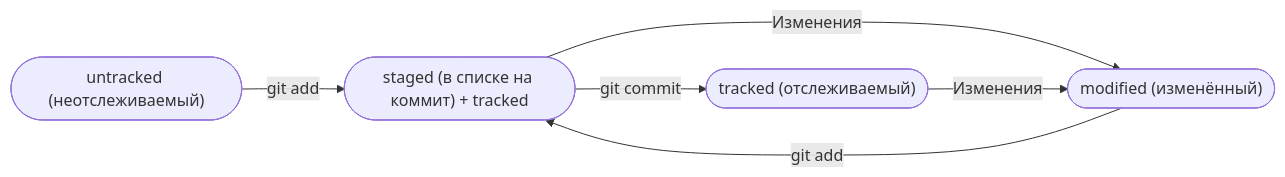
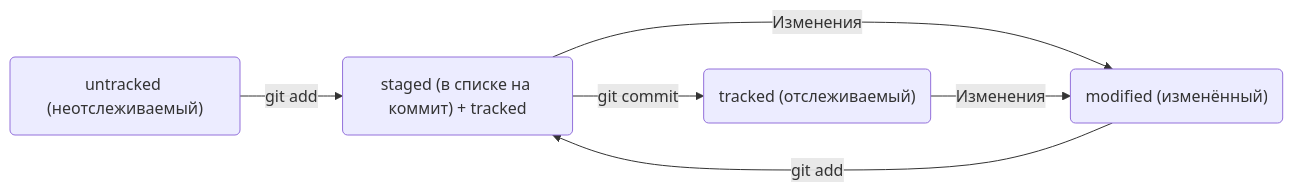
The diagram in README.md (DronBit/first-project), drawn with Mermaid before and after one commit. The commit also changed other lines of this file, not shown here.

````diff
--- a/README.md
+++ b/README.md
@@ -145,8 +145,8 @@
 ```mermaid
 flowchart LR
-	A(["untracked (неотслеживаемый)"]) -- "git add" --> B(["staged (в списке на коммит) + tracked"]);
-	B -- "git commit" --> C(["tracked (отслеживаемый)"]);
-	B -- "Изменения" --> D(["modified (изменённый)"]);
-	D -- "git add" --> B;
-	C -- "Изменения" --> D;
+	A("untracked (неотслеживаемый)") -- git add --> B("staged (в списке на коммит) + tracked");
+	B -- git commit --> C("tracked (отслеживаемый)");
+	B -- Изменения --> D("modified (изменённый)");
+	D -- git add --> B;
+	C -- Изменения --> D;
 ```
````
